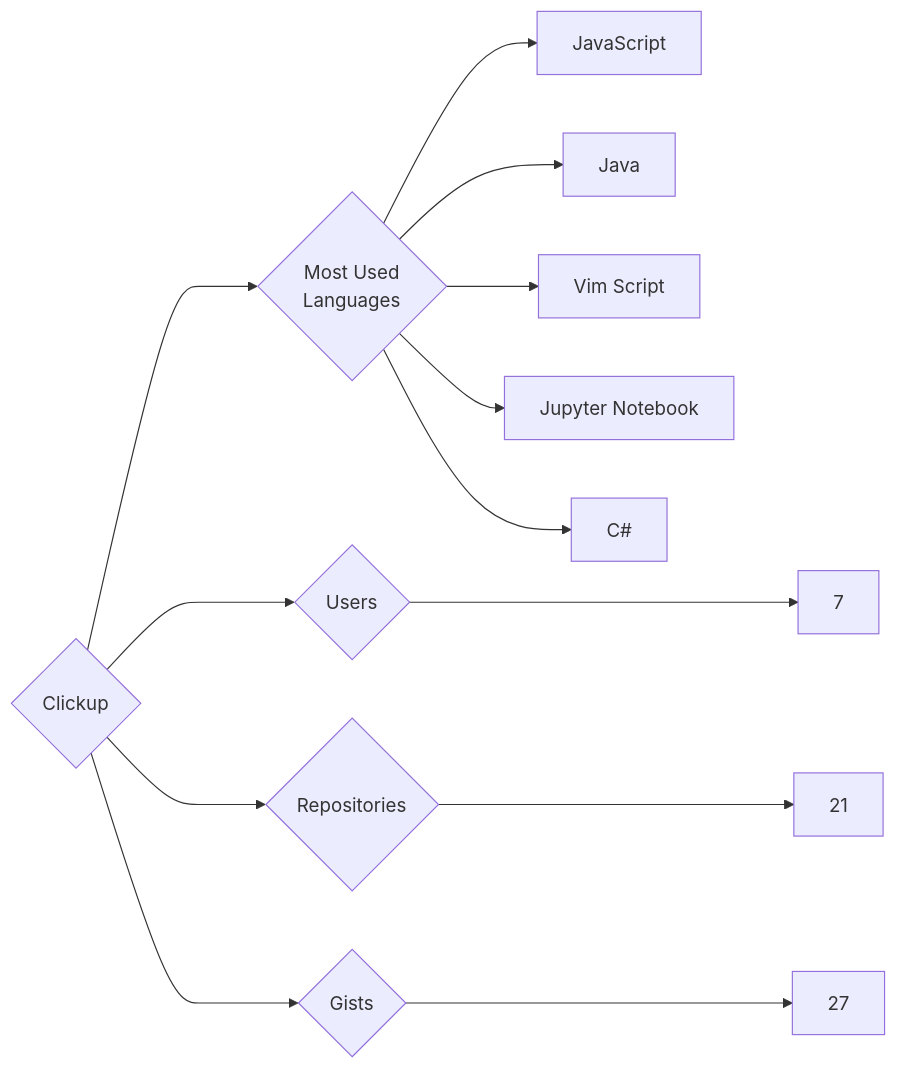
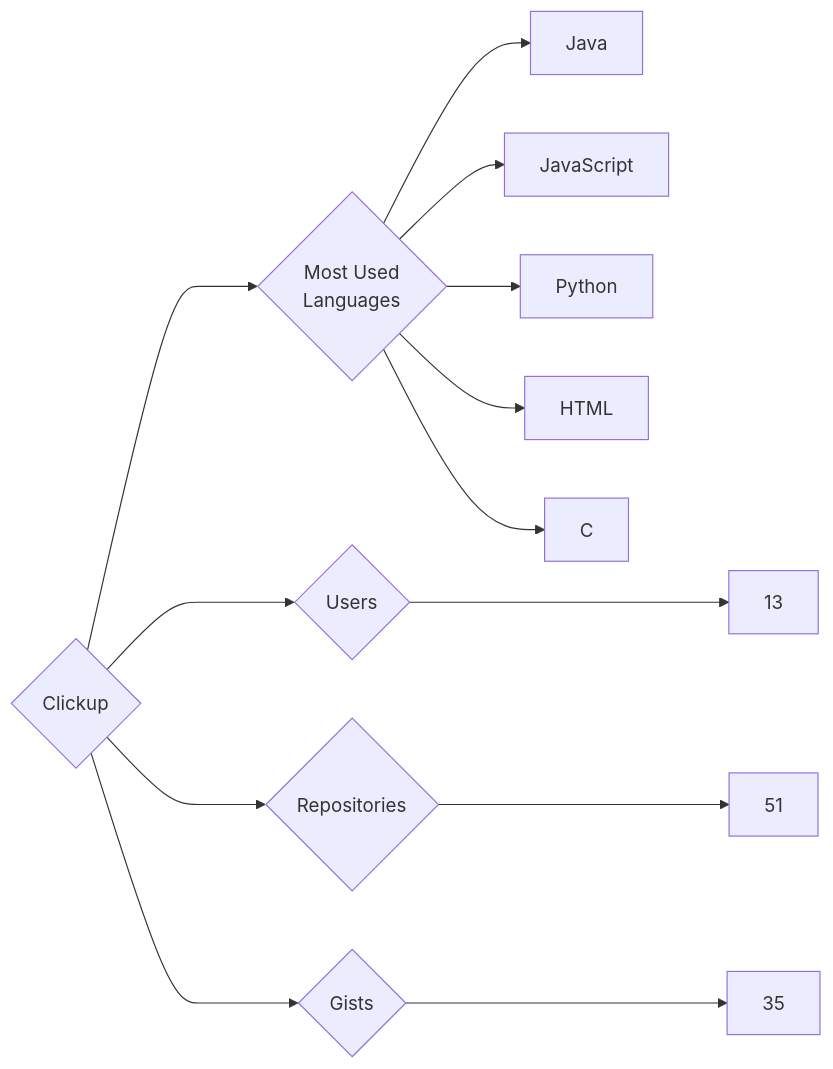
The diagram in targets/Clickup/README.md (trickest/insiders), drawn with Mermaid before and after one commit. The commit also changed 1212 other files, not shown here.

````diff
--- a/targets/Clickup/README.md
+++ b/targets/Clickup/README.md
@@ -3,13 +3,13 @@
 ```mermaid
 graph LR
 COMPANY_NAME{Clickup}
-COMPANY_NAME ---> U{Users} ---> UN[7]
-COMPANY_NAME ---> R{Repositories} ---> RN[21]
-COMPANY_NAME ---> G{Gists} ---> GN[27]
+COMPANY_NAME ---> U{Users} ---> UN[13]
+COMPANY_NAME ---> R{Repositories} ---> RN[51]
+COMPANY_NAME ---> G{Gists} ---> GN[35]
 COMPANY_NAME ---> ML{Most Used<br>Languages}
+ML --> Java[Java]
 ML --> JavaScript[JavaScript]
-ML --> Java[Java]
-ML --> Vim_Script[Vim Script]
-ML --> Jupyter_Notebook[Jupyter Notebook]
-ML --> C#[C#]
+ML --> Python[Python]
+ML --> HTML[HTML]
+ML --> C[C]
 ```
````
